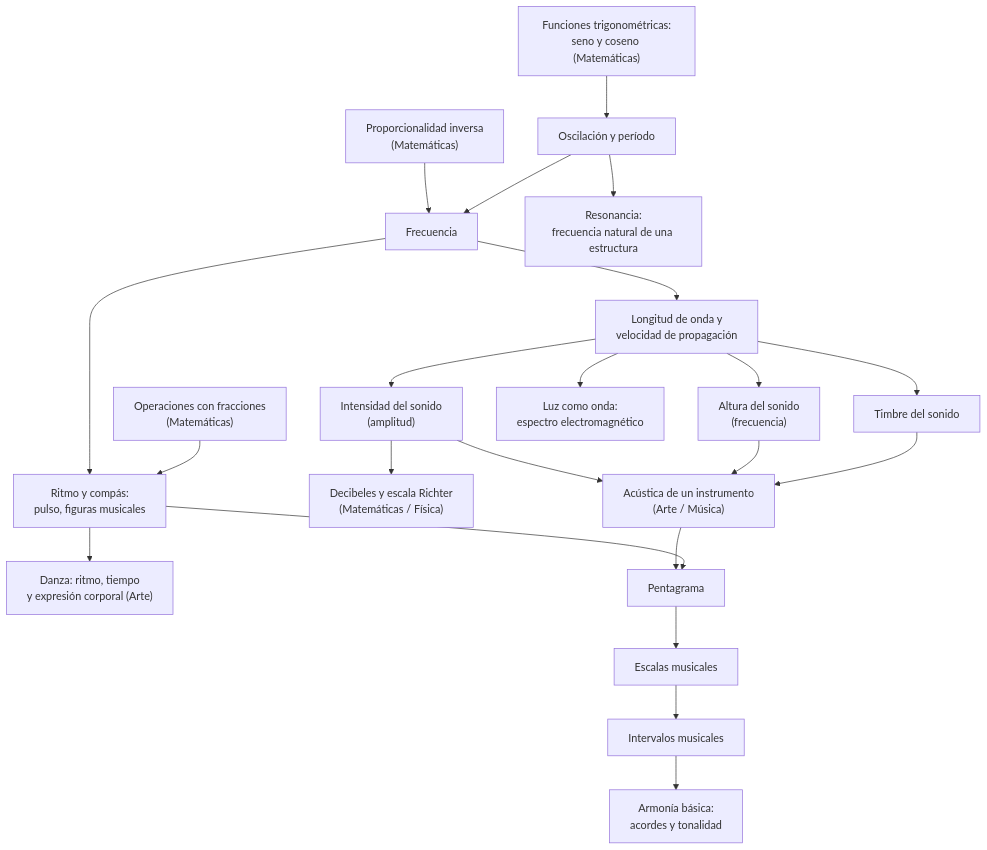
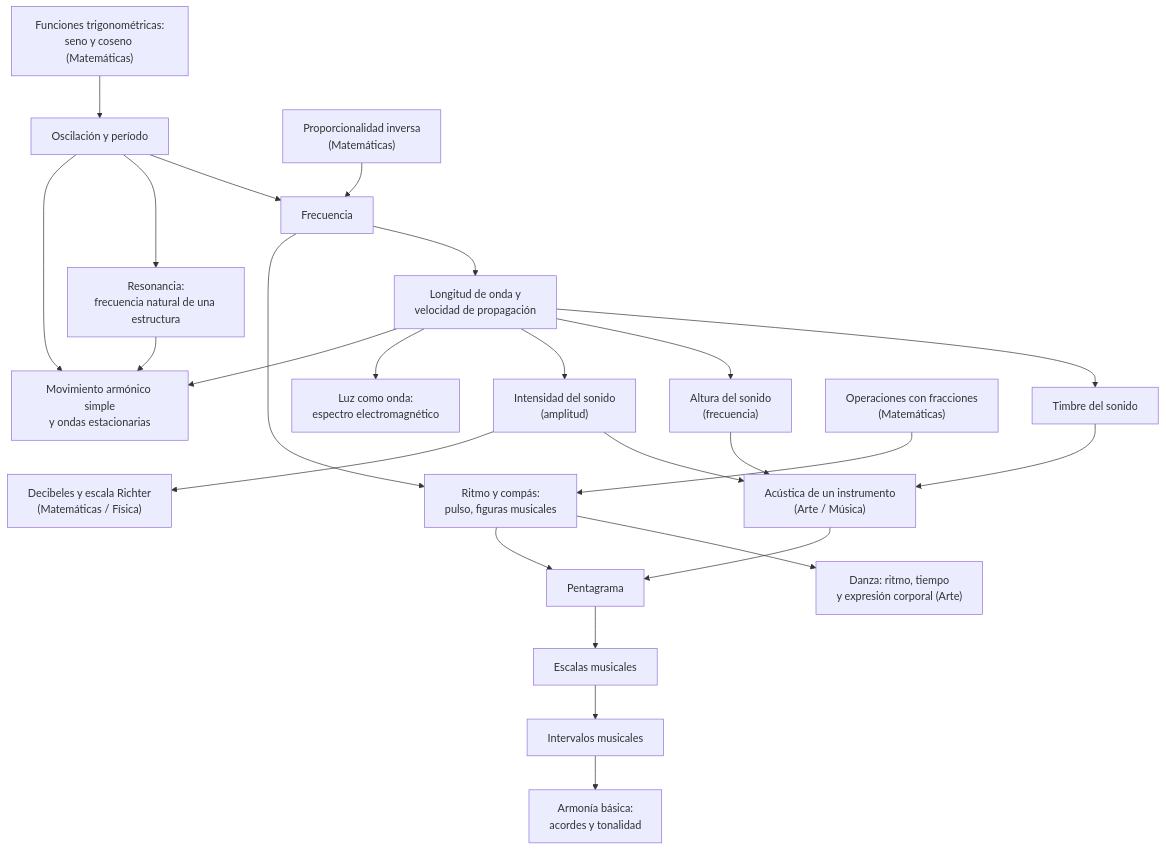
One commit to BOTC3PO/Proyecto_final changed diagram 16 of 53 in content/troncos.md. Above: the diagram before and after it, drawn with Mermaid. The commit also changed other lines of this file and 2 other files, not shown here.

````diff
--- a/content/troncos.md
+++ b/content/troncos.md
@@ -2470,25 +2487,28 @@
 ```mermaid
 graph TD
   OND1["Oscilación y período"] --> OND2["Frecuencia"]
   OND2 --> OND3["Longitud de onda y<br/>velocidad de propagación"]
   OND3 --> OND4a["Timbre del sonido"]
   OND3 --> OND4b["Altura del sonido<br/>(frecuencia)"]
   OND3 --> OND4c["Intensidad del sonido<br/>(amplitud)"]
   OND3 --> OND5["Luz como onda:<br/>espectro electromagnético"]
 
   N10P2["Proporcionalidad inversa<br/>(Matemáticas)"] --> OND2
   TRIG1P["Funciones trigonométricas:<br/>seno y coseno (Matemáticas)"] --> OND1
   OND4a --> AR4["Acústica de un instrumento<br/>(Arte / Música)"]
   OND4b --> AR4
   OND4c --> AR4
   OND4c --> E14P["Decibeles y escala Richter<br/>(Matemáticas / Física)"]
   OND1 --> OND6["Resonancia:<br/>frecuencia natural de una estructura"]
+  OND1 --> OND7["Movimiento armónico simple<br/>y ondas estacionarias"]
+  OND3 --> OND7
+  OND6 --> OND7
   N7P["Operaciones con fracciones<br/>(Matemáticas)"] --> RIT1["Ritmo y compás:<br/>pulso, figuras musicales"]
   OND2 --> RIT1
   RIT1 --> AR7["Danza: ritmo, tiempo<br/>y expresión corporal (Arte)"]
   RIT1 --> MUS1a["Pentagrama"]
   AR4 --> MUS1a
   MUS1a --> MUS1b["Escalas musicales"]
   MUS1b --> MUS1c["Intervalos musicales"]
   MUS1c --> MUS2["Armonía básica:<br/>acordes y tonalidad"]
 ```
````
